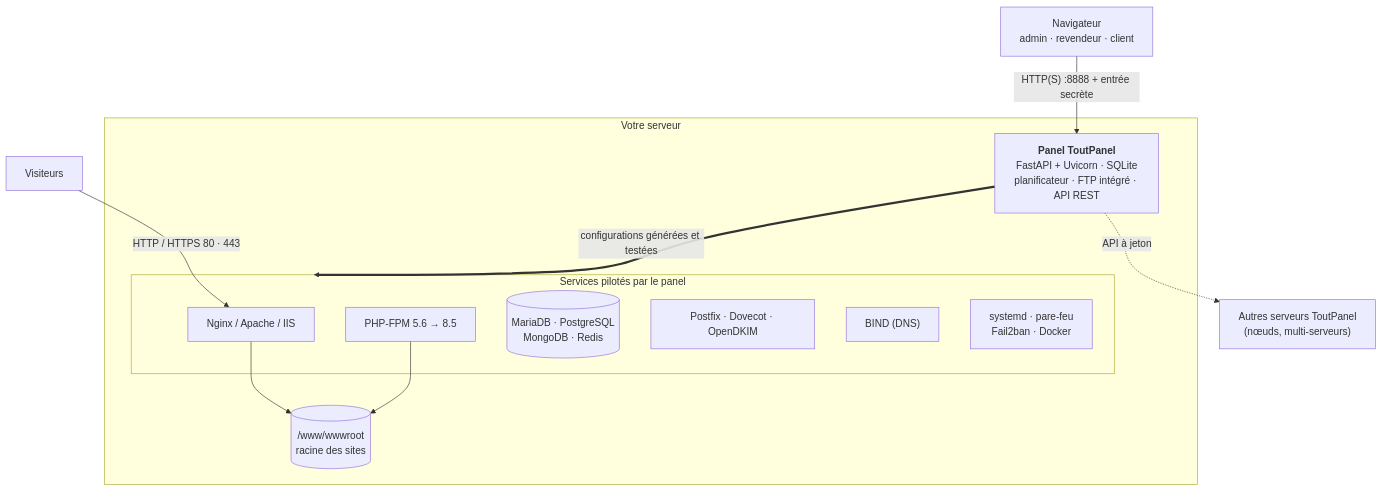
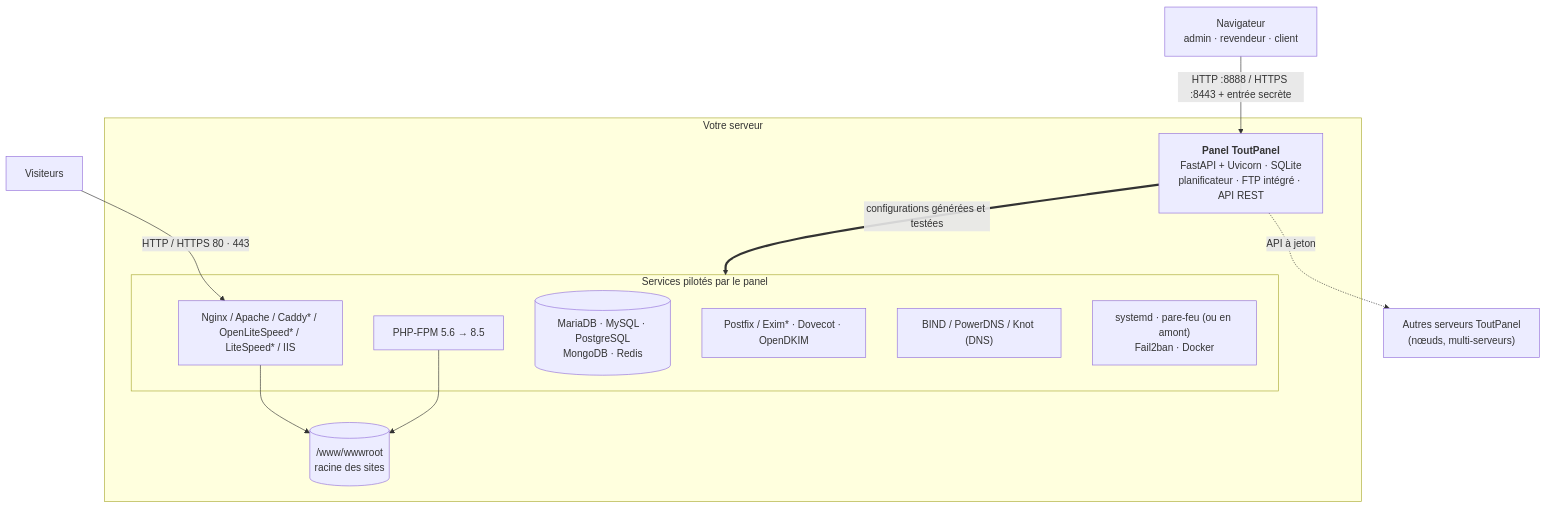
Before and after one commit to qu3ntin01/toutpanel: the diagram in README.md, drawn with Mermaid. The commit also changed other lines of this file and 231 other files, not shown here.

````diff
--- a/README.md
+++ b/README.md
@@ -231,21 +554,21 @@
 ```mermaid
 flowchart TB
-    U["Navigateur<br/>admin · revendeur · client"] -->|"HTTP(S) :8888 + entrée secrète"| P
+    U["Navigateur<br/>admin · revendeur · client"] -->|"HTTP :8888 / HTTPS :8443 + entrée secrète"| P
     V["Visiteurs"] -->|"HTTP / HTTPS 80 · 443"| W
     subgraph S["Votre serveur"]
         P["<b>Panel ToutPanel</b><br/>FastAPI + Uvicorn · SQLite<br/>planificateur · FTP intégré · API REST"]
         subgraph PILE["Services pilotés par le panel"]
-            W["Nginx / Apache / IIS"]
+            W["Nginx / Apache / Caddy* / OpenLiteSpeed* / LiteSpeed* / IIS"]
             F["PHP-FPM 5.6 → 8.5"]
-            D[("MariaDB · PostgreSQL<br/>MongoDB · Redis")]
-            M["Postfix · Dovecot · OpenDKIM"]
-            B["BIND (DNS)"]
-            X["systemd · pare-feu<br/>Fail2ban · Docker"]
+            D[("MariaDB · MySQL · PostgreSQL<br/>MongoDB · Redis")]
+            M["Postfix / Exim* · Dovecot · OpenDKIM"]
+            B["BIND / PowerDNS / Knot (DNS)"]
+            X["systemd · pare-feu (ou en amont)<br/>Fail2ban · Docker"]
         end
         R[("/www/wwwroot<br/>racine des sites")]
         P ==>|"configurations générées et testées"| PILE
         W --> R
         F --> R
     end
     P -. "API à jeton" .-> N["Autres serveurs ToutPanel<br/>(nœuds, multi-serveurs)"]
 ```
````
